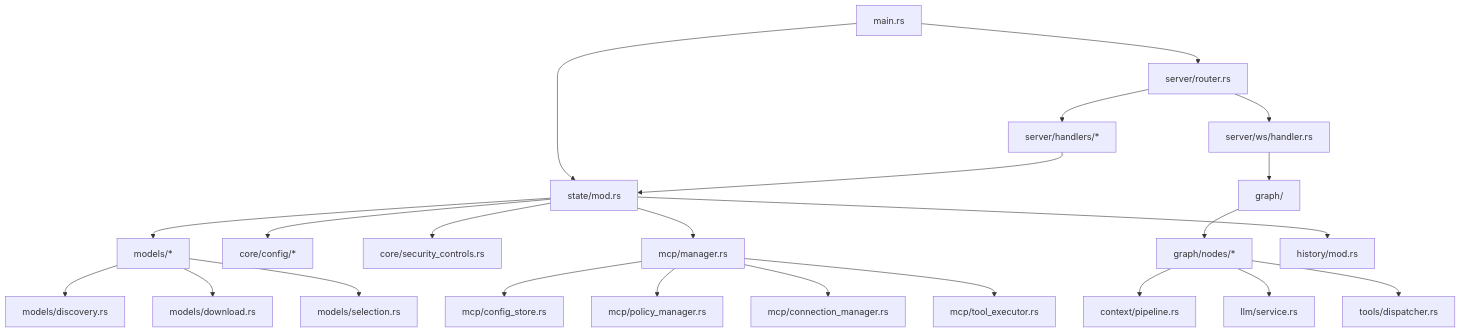
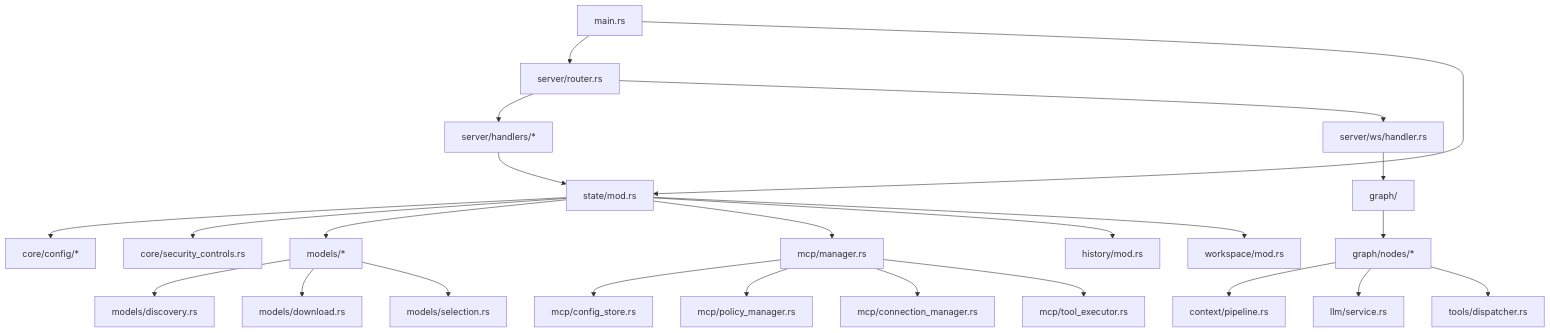
One commit to coco4atJP/Tepora-alpha changed the second of 11 diagrams in docs/architecture/ARCHITECTURE.md. Above: the diagram before and after it, drawn with Mermaid. The commit also changed other lines of this file, not shown here.

First line of the commit message:
docs: update ARCHITECTURE.md with workspace module details

````diff
--- a/docs/architecture/ARCHITECTURE.md
+++ b/docs/architecture/ARCHITECTURE.md
@@ -94,29 +95,30 @@
 ```mermaid
 graph TD
     Main[main.rs] --> Router[server/router.rs]
     Main --> State[state/mod.rs]
 
     Router --> Handlers[server/handlers/*]
     Router --> WS[server/ws/handler.rs]
     Handlers --> State
     WS --> Graph[graph/]
 
     Graph --> Nodes[graph/nodes/*]
     Nodes --> Pipeline[context/pipeline.rs]
     Nodes --> LLM[llm/service.rs]
     Nodes --> Tools[tools/dispatcher.rs]
 
     State --> Config[core/config/*]
     State --> Security[core/security_controls.rs]
     State --> Models[models/*]
     State --> MCP[mcp/manager.rs]
     State --> History[history/mod.rs]
+    State --> Workspace[workspace/mod.rs]
 
     MCP --> McpConfig[mcp/config_store.rs]
     MCP --> McpPolicy[mcp/policy_manager.rs]
     MCP --> McpConnection[mcp/connection_manager.rs]
     MCP --> McpTools[mcp/tool_executor.rs]
     Models --> Discovery[models/discovery.rs]
     Models --> Download[models/download.rs]
     Models --> Selection[models/selection.rs]
 ```
````
